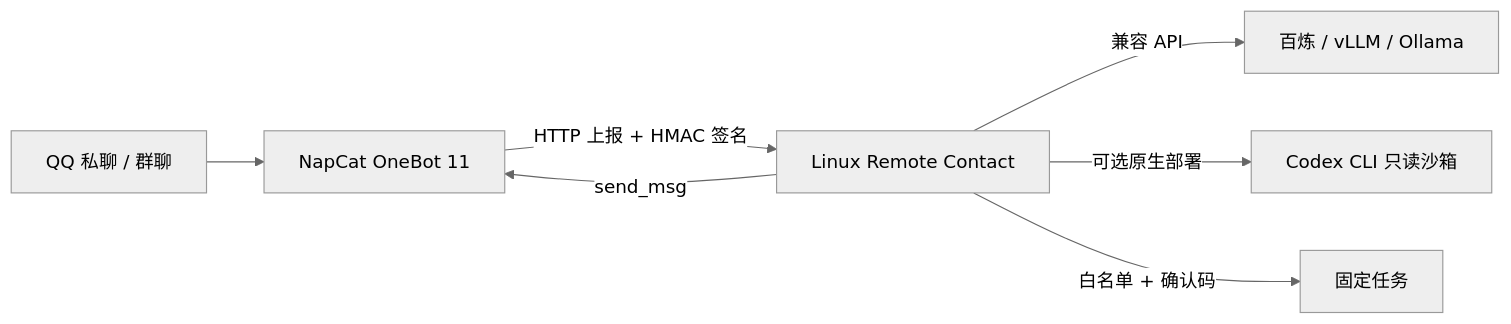
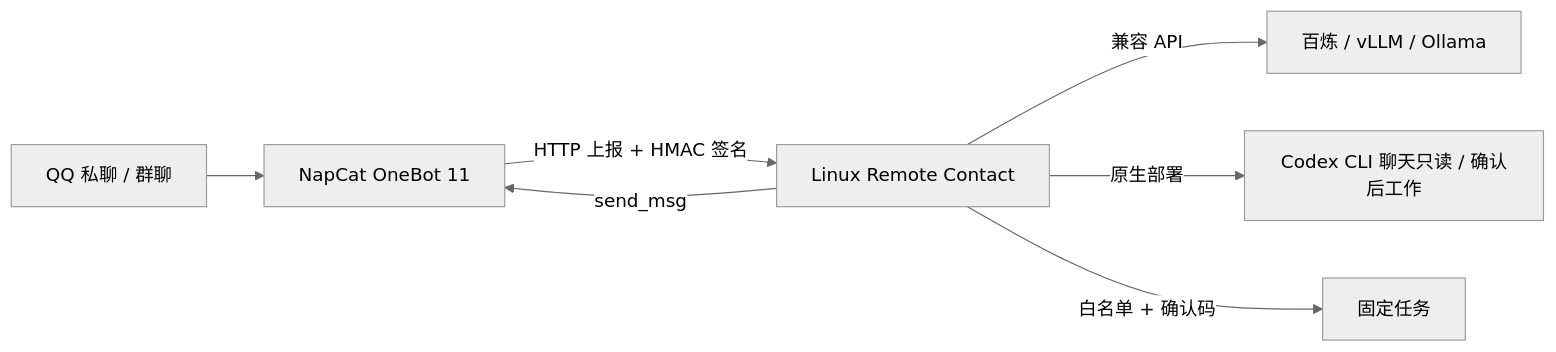
The diagram in README.md (Wang-Nuo-Mr/linux-remote-contact), drawn with Mermaid (neutral theme) before and after one commit. The commit also changed other lines of this file and 14 other files, not shown here.

````diff
--- a/README.md
+++ b/README.md
@@ -16,9 +65,9 @@
 ```mermaid
 flowchart LR
   QQ[QQ 私聊 / 群聊] --> NC[NapCat OneBot 11]
   NC -->|HTTP 上报 + HMAC 签名| HUB[Linux Remote Contact]
   HUB -->|兼容 API| MODEL[百炼 / vLLM / Ollama]
-  HUB -->|可选原生部署| CLI[Codex CLI 只读沙箱]
+  HUB -->|原生部署| CLI[Codex CLI 聊天只读 / 确认后工作]
   HUB -->|白名单 + 确认码| TASK[固定任务]
   HUB -->|send_msg| NC
 ```
````
